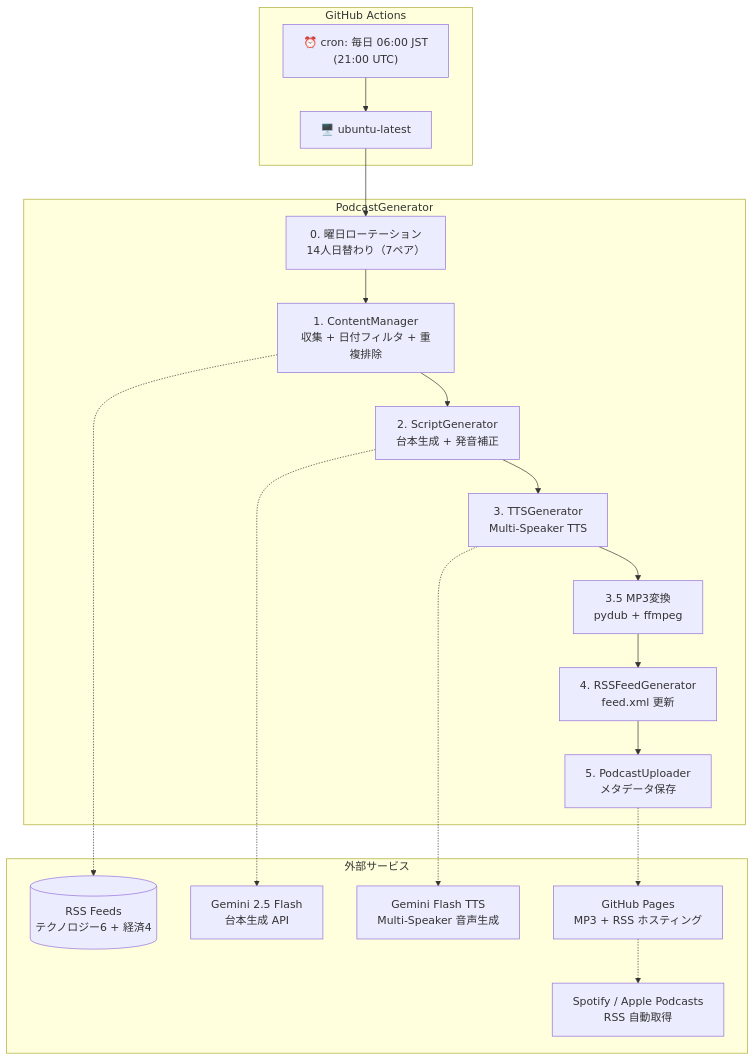
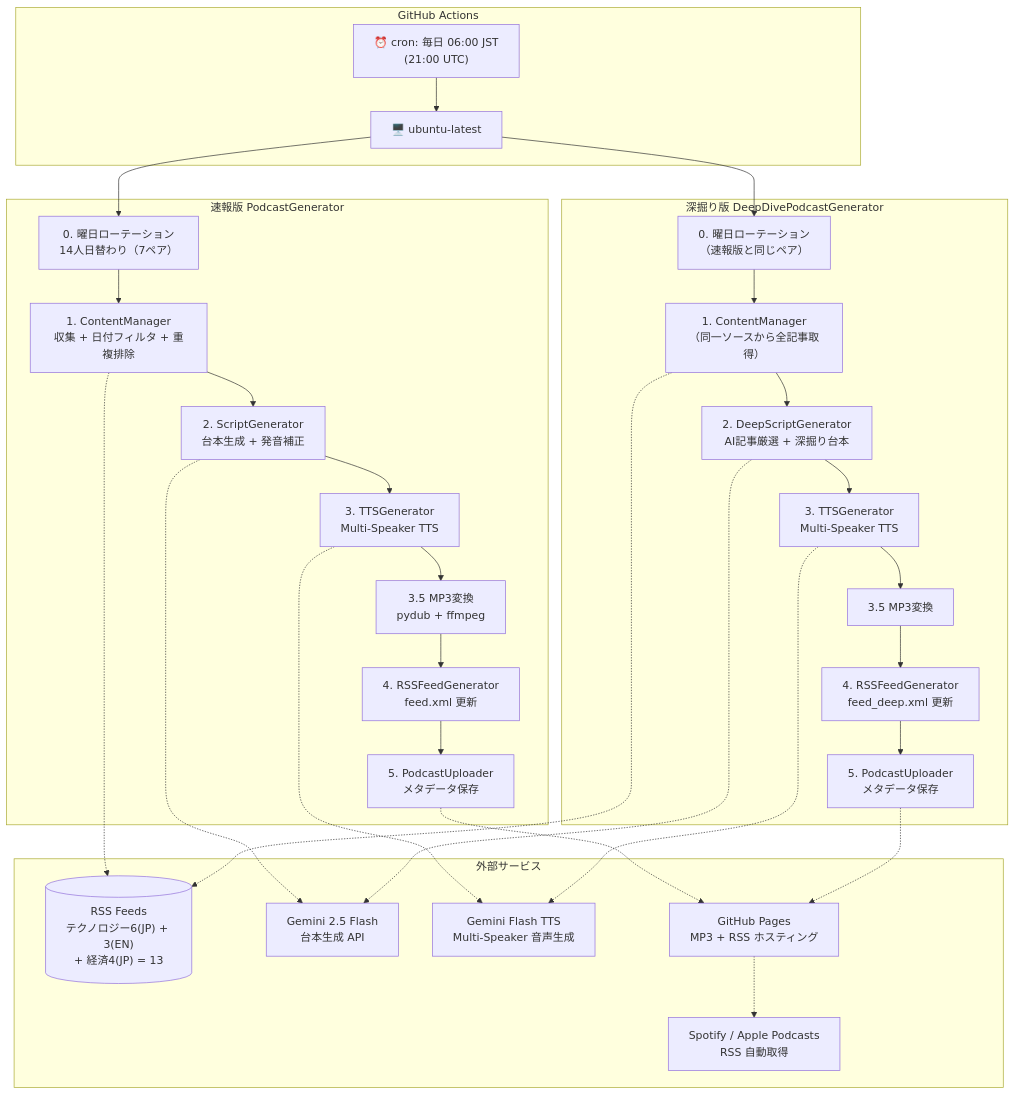
One commit to necoha/auto-podcast changed the first of 4 diagrams in docs/HLD.md. Above: the diagram before and after it, drawn with Mermaid. The commit also changed other lines of this file and 4 other files, not shown here.

````diff
--- a/docs/HLD.md
+++ b/docs/HLD.md
@@ -10,35 +10,52 @@
 ```mermaid
 flowchart TD
     subgraph CI["GitHub Actions"]
         Cron["⏰ cron: 毎日 06:00 JST<br/>(21:00 UTC)"]
         Runner["🖥️ ubuntu-latest"]
     end
 
-    subgraph App["PodcastGenerator"]
+    subgraph Speed["速報版 PodcastGenerator"]
         ROT["0. 曜日ローテーション<br/>14人日替わり（7ペア）"]
         CM["1. ContentManager<br/>収集 + 日付フィルタ + 重複排除"]
         SG["2. ScriptGenerator<br/>台本生成 + 発音補正"]
         TTS["3. TTSGenerator<br/>Multi-Speaker TTS"]
         MP3["3.5 MP3変換<br/>pydub + ffmpeg"]
         RGEN["4. RSSFeedGenerator<br/>feed.xml 更新"]
         UP["5. PodcastUploader<br/>メタデータ保存"]
     end
 
+    subgraph Deep["深掘り版 DeepDivePodcastGenerator"]
+        ROT2["0. 曜日ローテーション<br/>（速報版と同じペア）"]
+        CM2["1. ContentManager<br/>（同一ソースから全記事取得）"]
+        DSG["2. DeepScriptGenerator<br/>AI記事厳選 + 深掘り台本"]
+        TTS2["3. TTSGenerator<br/>Multi-Speaker TTS"]
+        MP3_2["3.5 MP3変換"]
+        RGEN2["4. RSSFeedGenerator<br/>feed_deep.xml 更新"]
+        UP2["5. PodcastUploader<br/>メタデータ保存"]
+    end
+
     subgraph External["外部サービス"]
-        RSS[("RSS Feeds<br/>テクノロジー6 + 経済4")]
+        RSS[("RSS Feeds<br/>テクノロジー6(JP) + 3(EN)<br/>+ 経済4(JP) = 13")]
         GeminiLLM["Gemini 2.5 Flash<br/>台本生成 API"]
         GeminiTTS["Gemini Flash TTS<br/>Multi-Speaker 音声生成"]
         GHP["GitHub Pages<br/>MP3 + RSS ホスティング"]
         Spotify["Spotify / Apple Podcasts<br/>RSS 自動取得"]
     end
 
     Cron --> Runner
     Runner --> ROT --> CM
     CM --> SG --> TTS --> MP3 --> RGEN --> UP
 
+    Runner --> ROT2 --> CM2
+    CM2 --> DSG --> TTS2 --> MP3_2 --> RGEN2 --> UP2
+
     CM -.-> RSS
+    CM2 -.-> RSS
     SG -.-> GeminiLLM
+    DSG -.-> GeminiLLM
     TTS -.-> GeminiTTS
+    TTS2 -.-> GeminiTTS
     UP -.-> GHP
+    UP2 -.-> GHP
     GHP -.-> Spotify
 ```
````
